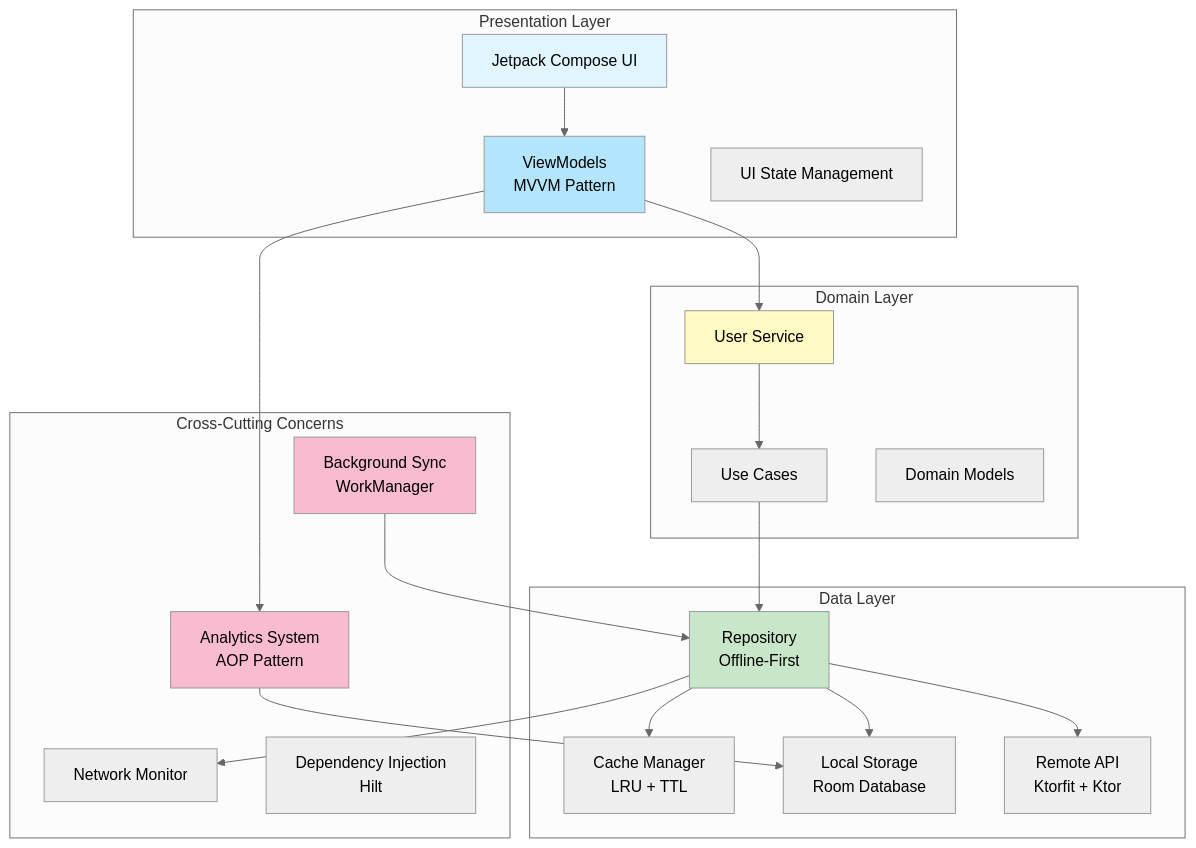
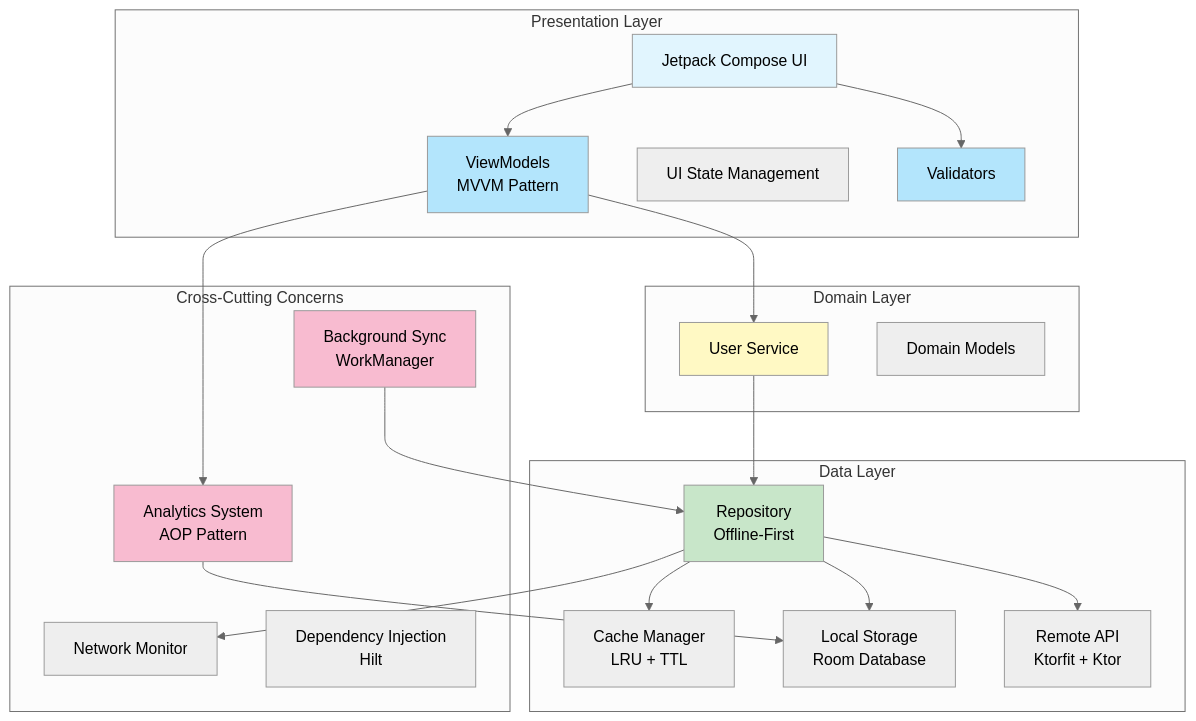
Before and after one commit to jrjohn/aimodeling: the diagram in docs/architecture/01-overall-architecture.mmd, drawn with Mermaid (neutral theme). The commit also changed 3 other files, not shown here.

Commit message:
Fix the architecture pic

```diff
--- a/docs/architecture/01-overall-architecture.mmd
+++ b/docs/architecture/01-overall-architecture.mmd
@@ -1,45 +1,46 @@
 graph TB
     subgraph "Presentation Layer"
         UI[Jetpack Compose UI]
         VM[ViewModels<br/>MVVM Pattern]
         UIS[UI State Management]
+        VAL[Validators]
     end
 
     subgraph "Domain Layer"
         US[User Service]
-        UC[Use Cases]
         MODELS[Domain Models]
     end
 
     subgraph "Data Layer"
         REPO[Repository<br/>Offline-First]
         CACHE[Cache Manager<br/>LRU + TTL]
         LOCAL[Local Storage<br/>Room Database]
         REMOTE[Remote API<br/>Ktorfit + Ktor]
     end
 
     subgraph "Cross-Cutting Concerns"
         ANALYTICS[Analytics System<br/>AOP Pattern]
         SYNC[Background Sync<br/>WorkManager]
         NET[Network Monitor]
         DI[Dependency Injection<br/>Hilt]
     end
 
     UI --> VM
+    UI --> VAL
     VM --> US
     VM --> ANALYTICS
-    US --> UC
-    UC --> REPO
+    US --> REPO
     REPO --> CACHE
     REPO --> LOCAL
     REPO --> REMOTE
     REPO --> NET
     SYNC --> REPO
     ANALYTICS --> LOCAL
 
     style UI fill:#e1f5fe
     style VM fill:#b3e5fc
+    style VAL fill:#b3e5fc
     style US fill:#fff9c4
     style REPO fill:#c8e6c9
     style ANALYTICS fill:#f8bbd0
     style SYNC fill:#f8bbd0
```
